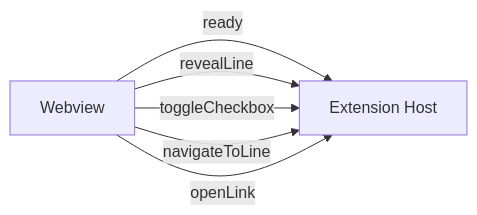
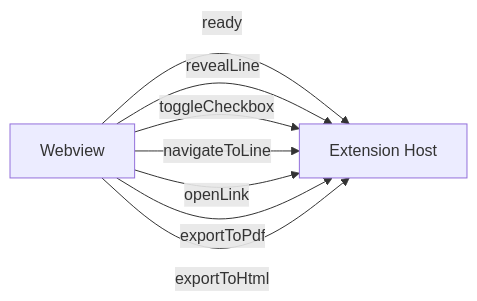
Before and after one commit to luongnv89/vscode-markdown-preview: the second of 2 diagrams in docs/API.md, drawn with Mermaid. The commit also changed other lines of this file and 6 other files, not shown here.

````diff
--- a/docs/API.md
+++ b/docs/API.md
@@ -56,8 +56,10 @@
 ```mermaid
 graph LR
     W[Webview] -->|ready| E[Extension Host]
     W -->|revealLine| E
     W -->|toggleCheckbox| E
     W -->|navigateToLine| E
     W -->|openLink| E
+    W -->|exportToPdf| E
+    W -->|exportToHtml| E
 ```
````
